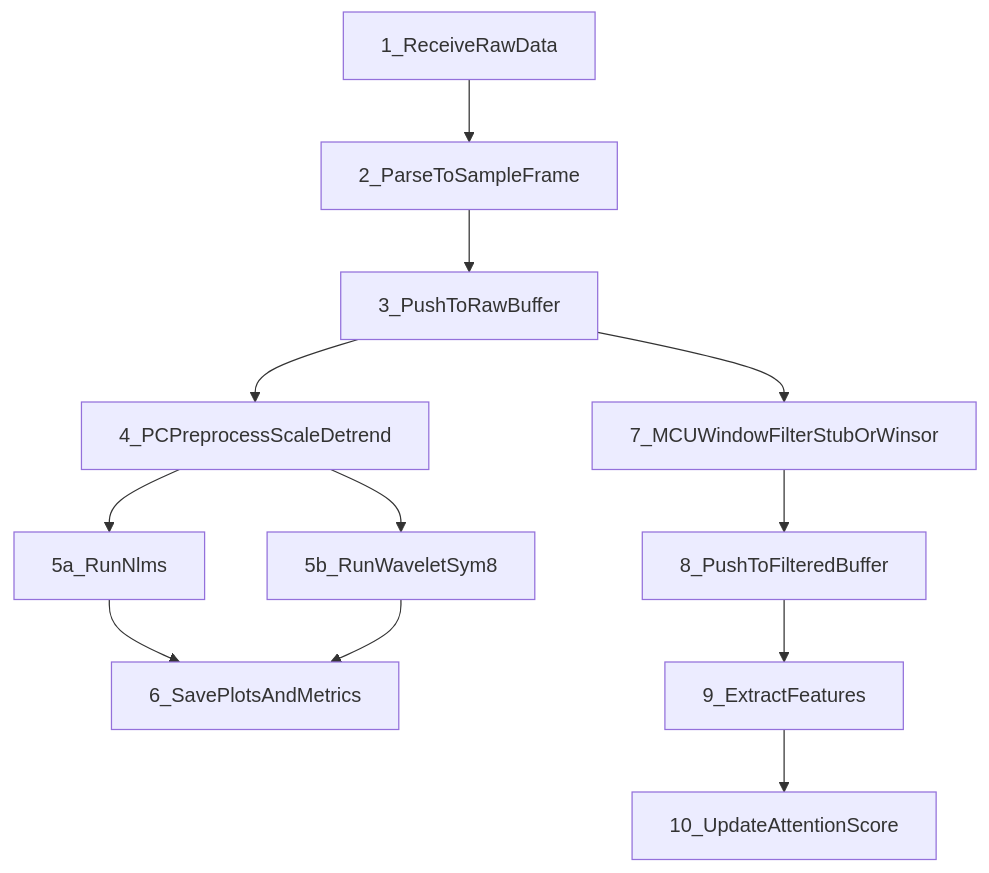
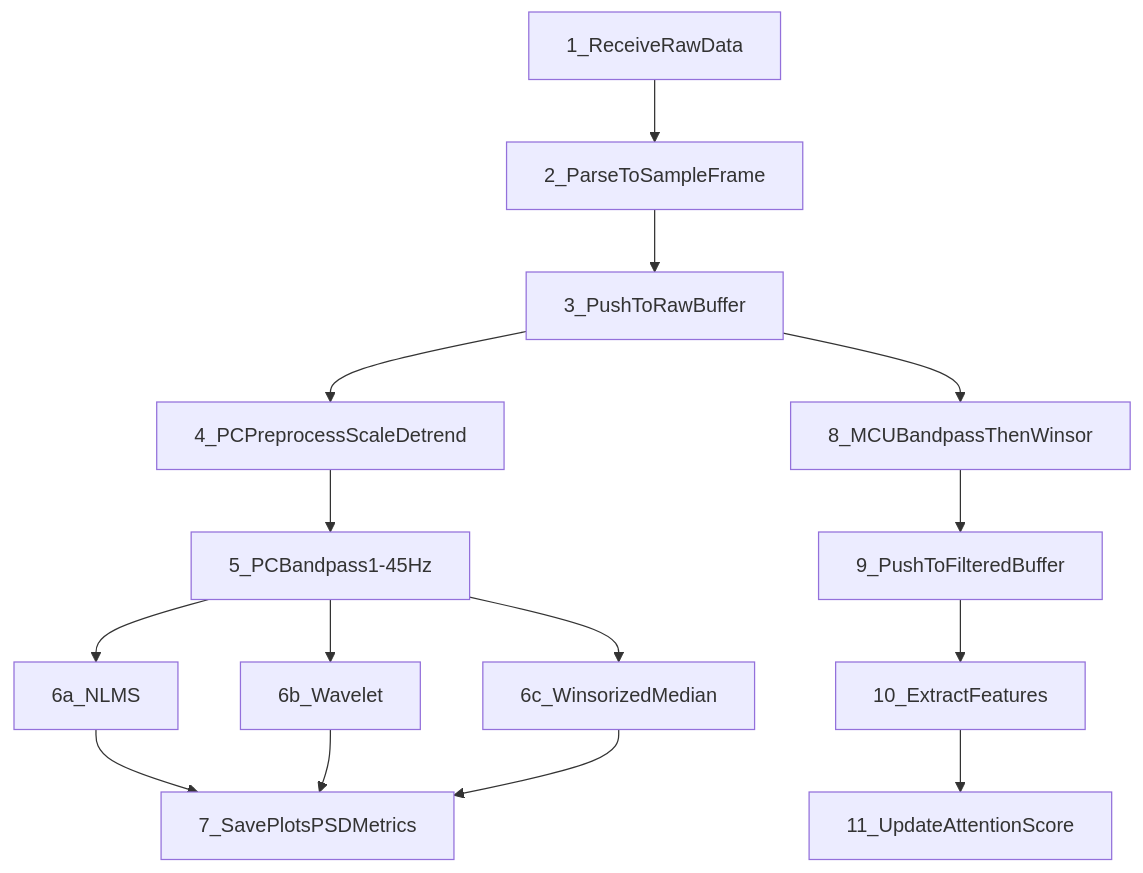
One commit to RomanKiper1/Seeed-XIAO-nRF52840-Sense-EEG-ECG-processing-Attention-Focus-study changed the second of 2 diagrams in README.md. Above: the diagram before and after it, drawn with Mermaid. The commit also changed other lines of this file and 4 other files, not shown here.

````diff
--- a/README.md
+++ b/README.md
@@ -115,14 +116,17 @@
 ```mermaid
 flowchart TD
     step1[1_ReceiveRawData] --> step2[2_ParseToSampleFrame]
     step2 --> step3[3_PushToRawBuffer]
     step3 --> step4[4_PCPreprocessScaleDetrend]
-    step4 --> step5a[5a_RunNlms]
-    step4 --> step5b[5b_RunWaveletSym8]
-    step5a --> step6[6_SavePlotsAndMetrics]
-    step5b --> step6
-    step3 --> step7[7_MCUWindowFilterStubOrWinsor]
-    step7 --> step8[8_PushToFilteredBuffer]
-    step8 --> step9[9_ExtractFeatures]
-    step9 --> step10[10_UpdateAttentionScore]
+    step4 --> step5[5_PCBandpass1-45Hz]
+    step5 --> step6a[6a_NLMS]
+    step5 --> step6b[6b_Wavelet]
+    step5 --> step6c[6c_WinsorizedMedian]
+    step6a --> step7[7_SavePlotsPSDMetrics]
+    step6b --> step7
+    step6c --> step7
+    step3 --> step8[8_MCUBandpassThenWinsor]
+    step8 --> step9[9_PushToFilteredBuffer]
+    step9 --> step10[10_ExtractFeatures]
+    step10 --> step11[11_UpdateAttentionScore]
 ```
````
